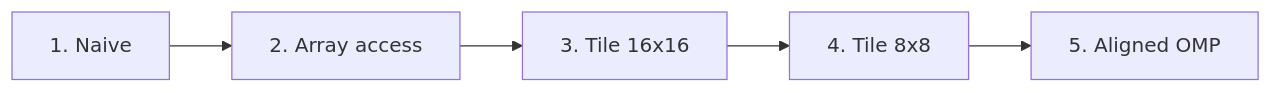
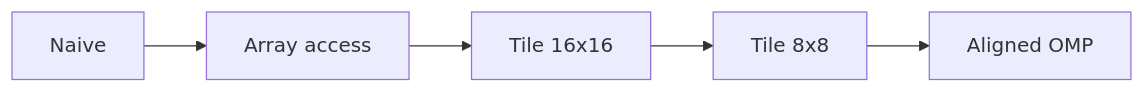
Before and after one commit to 0chonko/0chonko.github.io: the fifth of 5 diagrams in content/_blog/Simulating-a-cache-with-SystemC.md, drawn with Mermaid. The commit also changed other lines of this file, not shown here.

````diff
--- a/content/_blog/Simulating-a-cache-with-SystemC.md
+++ b/content/_blog/Simulating-a-cache-with-SystemC.md
@@ -148,7 +225,7 @@
 ```mermaid
 flowchart LR
-  S1["1. Naive"] --> S2["2. Array access"]
-  S2 --> S3["3. Tile 16x16"]
-  S3 --> S4["4. Tile 8x8"]
-  S4 --> S5["5. Aligned OMP"]
+  N["Naive"] --> A["Array access"]
+  A --> T16["Tile 16x16"]
+  T16 --> T8["Tile 8x8"]
+  T8 --> O["Aligned OMP"]
 ```
````
